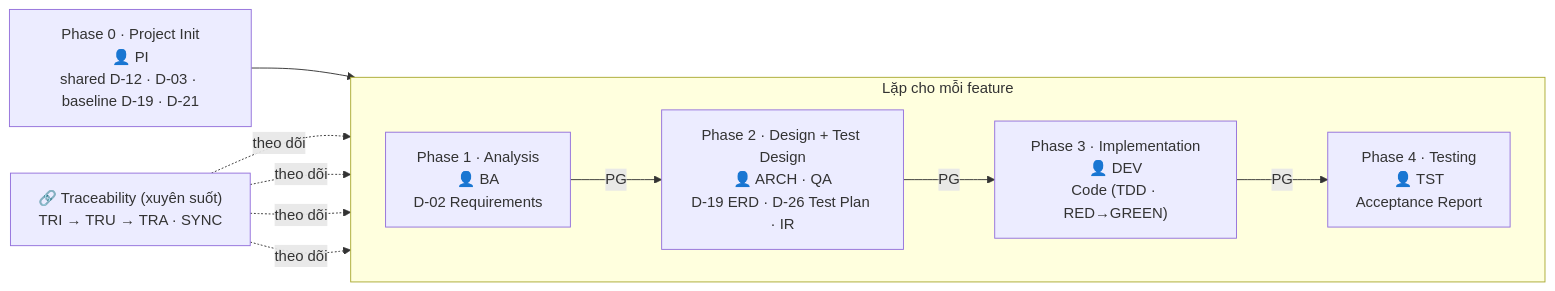
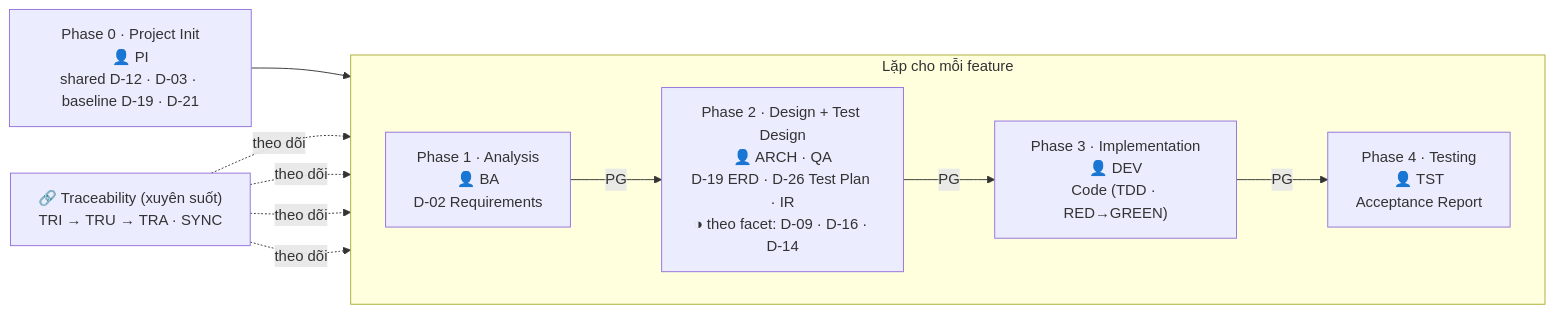
The diagram in README.md (hanh9898/waterfall-bmad-method), drawn with Mermaid before and after one commit. The commit also changed other lines of this file and 52 other files, not shown here.

````diff
--- a/README.md
+++ b/README.md
@@ -114,18 +114,18 @@
 ```mermaid
 flowchart LR
     P0["Phase 0 · Project Init<br/>👤 PI<br/>shared D-12 · D-03 · baseline D-19 · D-21"]
 
     subgraph FEAT["Lặp cho mỗi feature"]
         direction LR
         P1["Phase 1 · Analysis<br/>👤 BA<br/>D-02 Requirements"]
-        P2["Phase 2 · Design + Test Design<br/>👤 ARCH · QA<br/>D-19 ERD · D-26 Test Plan · IR"]
+        P2["Phase 2 · Design + Test Design<br/>👤 ARCH · QA<br/>D-19 ERD · D-26 Test Plan · IR<br/>◑ theo facet: D-09 · D-16 · D-14"]
         P3["Phase 3 · Implementation<br/>👤 DEV<br/>Code (TDD · RED→GREEN)"]
         P4["Phase 4 · Testing<br/>👤 TST<br/>Acceptance Report"]
         P1 -->|PG| P2 -->|PG| P3 -->|PG| P4
     end
 
     P0 --> P1
 
     TR["🔗 Traceability (xuyên suốt)<br/>TRI → TRU → TRA · SYNC"]
     TR -.->|theo dõi| P1 & P2 & P3 & P4
 ```
````
